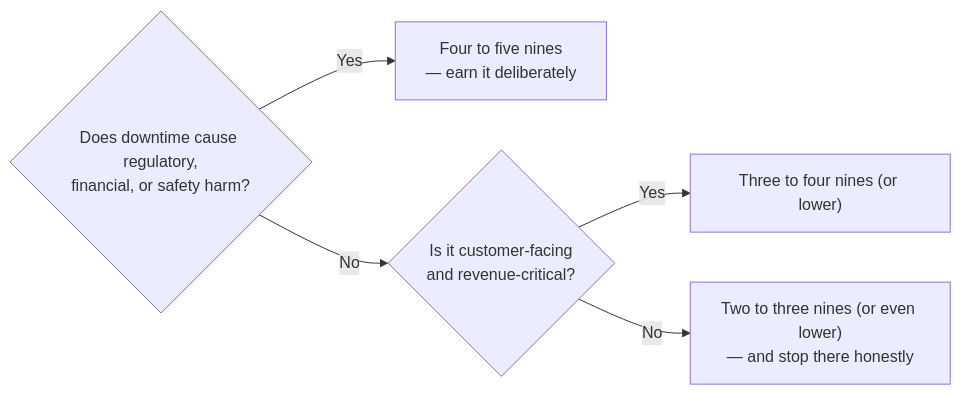
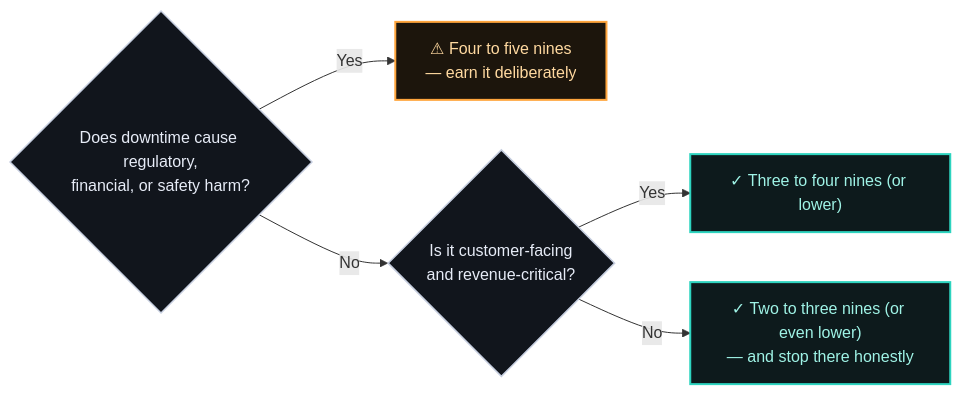
Before and after one commit to raghavarora12/engineering-playbook: the first of 2 diagrams in adrs/002-availability-target.md, drawn with Mermaid. The commit also changed other lines of this file and 10 other files, not shown here.

````diff
--- a/adrs/002-availability-target.md
+++ b/adrs/002-availability-target.md
@@ -83,8 +83,15 @@
 ```mermaid
 flowchart LR
     Q1{"Does downtime cause regulatory,<br/>financial, or safety harm?"}
-    Q1 -- Yes --> FIVE["Four to five nines<br/>— earn it deliberately"]
+    Q1 -- Yes --> FIVE["⚠ Four to five nines<br/>— earn it deliberately"]
     Q1 -- No --> Q2{"Is it customer-facing<br/>and revenue-critical?"}
-    Q2 -- Yes --> FOUR["Three to four nines (or lower)"]
-    Q2 -- No --> THREE["Two to three nines (or even lower)<br/>— and stop there honestly"]
+    Q2 -- Yes --> FOUR["✓ Three to four nines (or lower)"]
+    Q2 -- No --> THREE["✓ Two to three nines (or even lower)<br/>— and stop there honestly"]
+
+    classDef decision fill:#11151c,stroke:#c7cfe0,stroke-width:1.5px,color:#e7ecf7
+    classDef good fill:#0d1a1c,stroke:#2dd4bf,stroke-width:2px,color:#9ff3e6
+    classDef warn fill:#1c150c,stroke:#ffa53d,stroke-width:2px,color:#ffd9a0
+    class Q1,Q2 decision
+    class FOUR,THREE good
+    class FIVE warn
 ```
````
